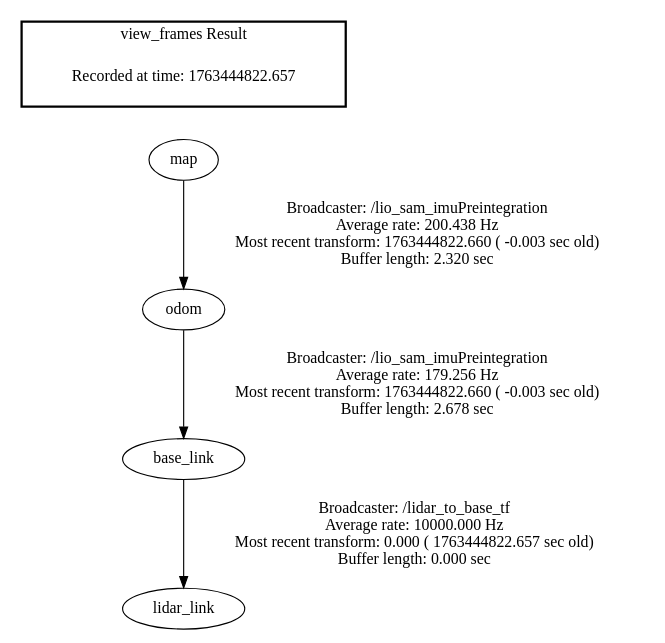
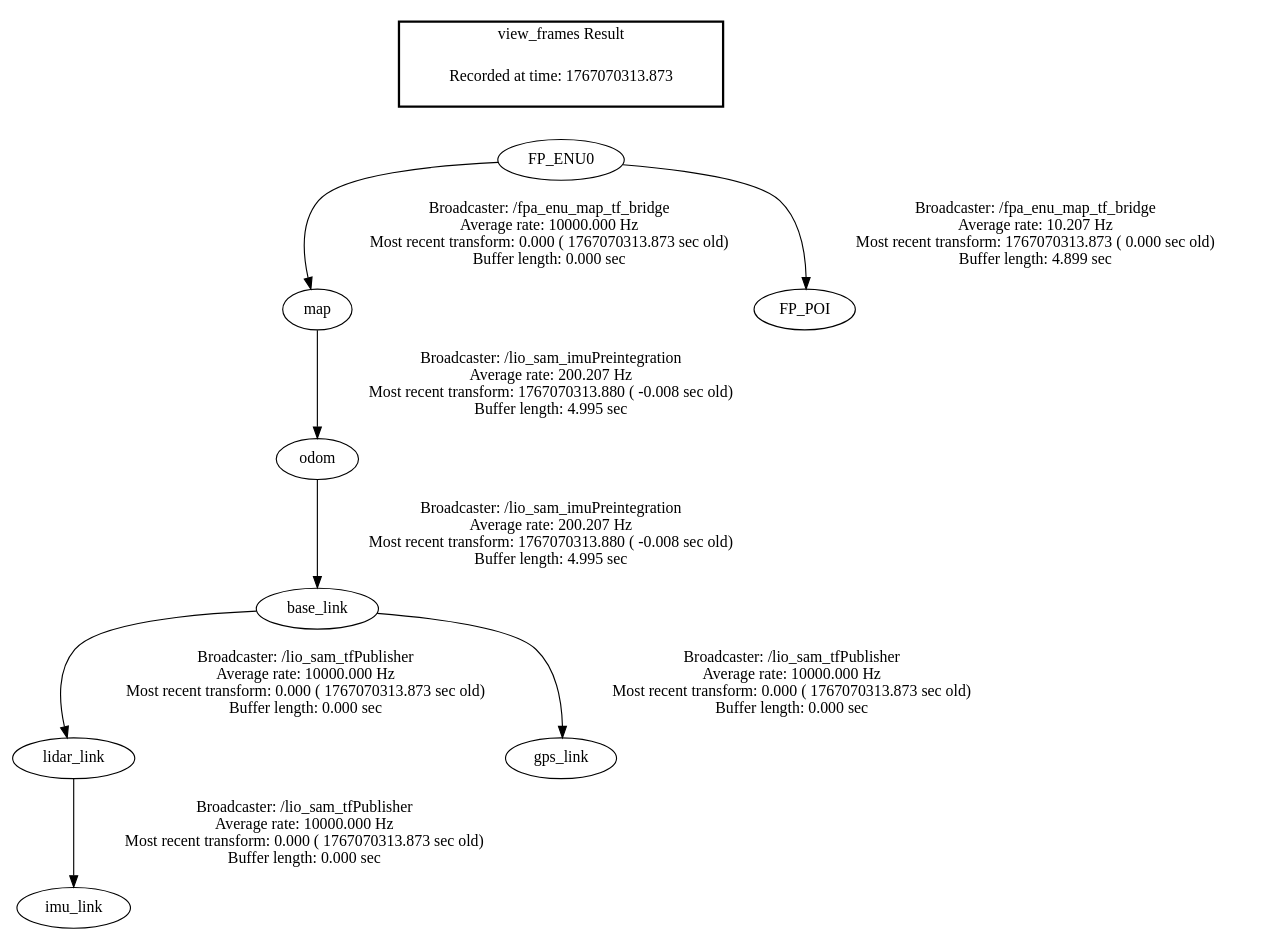
One commit to whatever1111/LIO-SAM changed the diagram in frames.gv. Above: the diagram before and after it, drawn with Graphviz. The commit also changed 90 other files, not shown here.

```diff
--- a/frames.gv
+++ b/frames.gv
@@ -1,9 +1,13 @@
 digraph G {
-"base_link" -> "lidar_link"[label="Broadcaster: /lidar_to_base_tf\nAverage rate: 10000.000 Hz\nMost recent transform: 0.000 ( 1763444822.657 sec old)\nBuffer length: 0.000 sec\n"];
-"odom" -> "base_link"[label="Broadcaster: /lio_sam_imuPreintegration\nAverage rate: 179.256 Hz\nMost recent transform: 1763444822.660 ( -0.003 sec old)\nBuffer length: 2.678 sec\n"];
-"map" -> "odom"[label="Broadcaster: /lio_sam_imuPreintegration\nAverage rate: 200.438 Hz\nMost recent transform: 1763444822.660 ( -0.003 sec old)\nBuffer length: 2.320 sec\n"];
+"map" -> "odom"[label="Broadcaster: /lio_sam_imuPreintegration\nAverage rate: 200.207 Hz\nMost recent transform: 1767070313.880 ( -0.008 sec old)\nBuffer length: 4.995 sec\n"];
+"FP_ENU0" -> "map"[label="Broadcaster: /fpa_enu_map_tf_bridge\nAverage rate: 10000.000 Hz\nMost recent transform: 0.000 ( 1767070313.873 sec old)\nBuffer length: 0.000 sec\n"];
+"base_link" -> "lidar_link"[label="Broadcaster: /lio_sam_tfPublisher\nAverage rate: 10000.000 Hz\nMost recent transform: 0.000 ( 1767070313.873 sec old)\nBuffer length: 0.000 sec\n"];
+"odom" -> "base_link"[label="Broadcaster: /lio_sam_imuPreintegration\nAverage rate: 200.207 Hz\nMost recent transform: 1767070313.880 ( -0.008 sec old)\nBuffer length: 4.995 sec\n"];
+"lidar_link" -> "imu_link"[label="Broadcaster: /lio_sam_tfPublisher\nAverage rate: 10000.000 Hz\nMost recent transform: 0.000 ( 1767070313.873 sec old)\nBuffer length: 0.000 sec\n"];
+"base_link" -> "gps_link"[label="Broadcaster: /lio_sam_tfPublisher\nAverage rate: 10000.000 Hz\nMost recent transform: 0.000 ( 1767070313.873 sec old)\nBuffer length: 0.000 sec\n"];
+"FP_ENU0" -> "FP_POI"[label="Broadcaster: /fpa_enu_map_tf_bridge\nAverage rate: 10.207 Hz\nMost recent transform: 1767070313.873 ( 0.000 sec old)\nBuffer length: 4.899 sec\n"];
 edge [style=invis];
  subgraph cluster_legend { style=bold; color=black; label ="view_frames Result";
-"Recorded at time: 1763444822.657"[ shape=plaintext ] ;
- }->"map";
+"Recorded at time: 1767070313.873"[ shape=plaintext ] ;
+ }->"FP_ENU0";
 }
```
